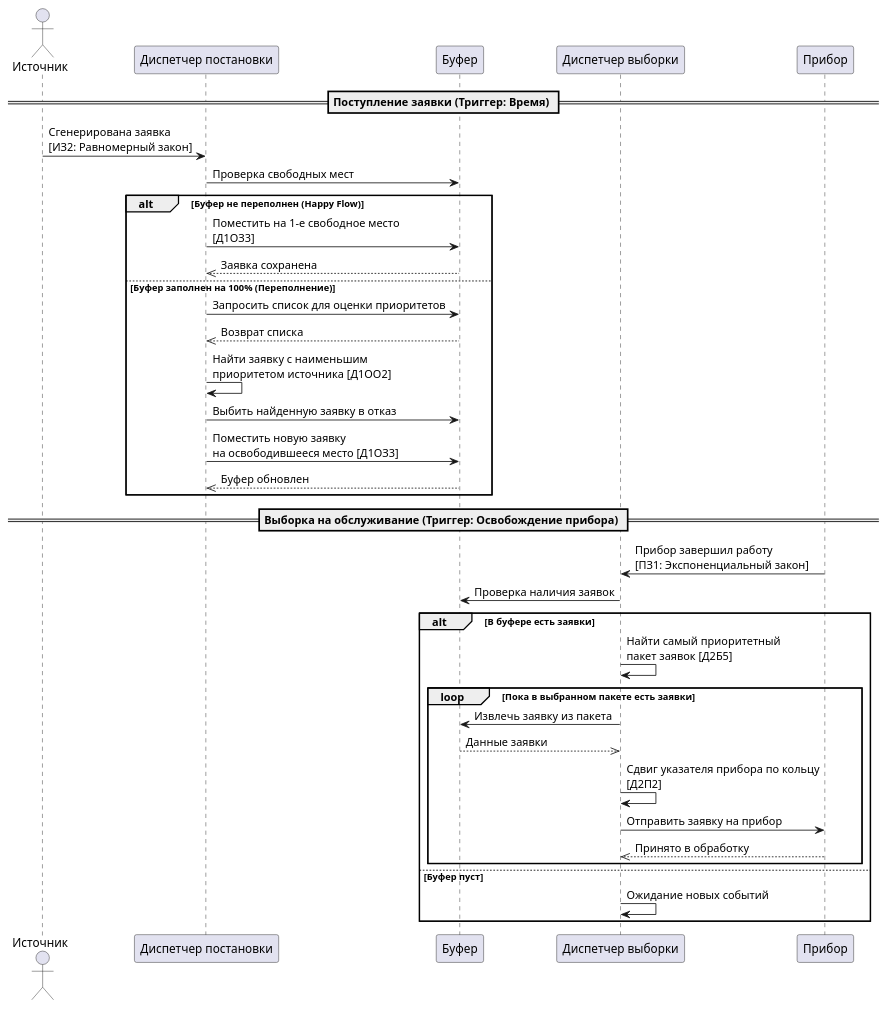
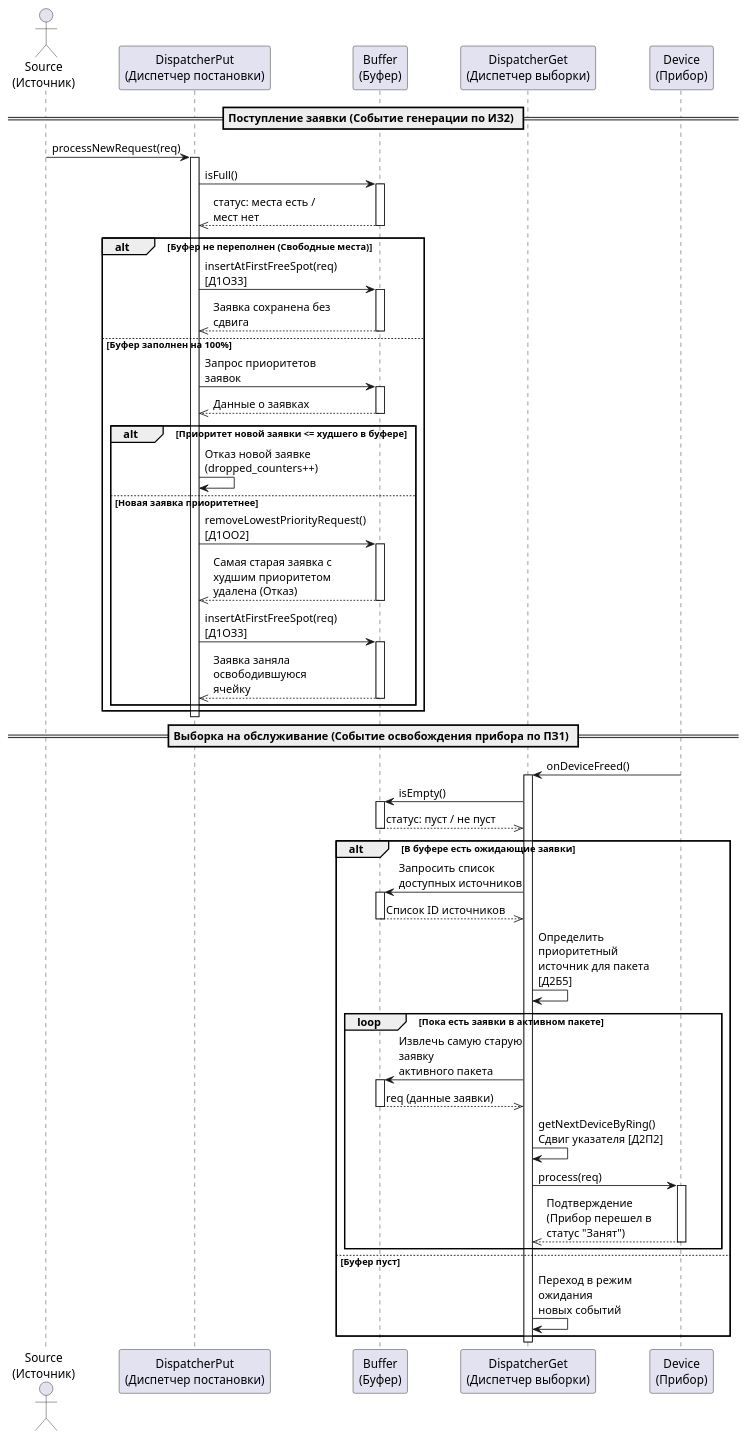
One commit to IvanIgnashin7D/APS changed the diagram in docs/sequence.puml. Above: the diagram before and after it, drawn with PlantUML. The commit also changed 3 other files, not shown here.

Commit message:
обновленная диаграмма с правками после очной сдачи

```diff
--- a/docs/sequence.puml
+++ b/docs/sequence.puml
@@ -1,38 +1,82 @@
-@startuml sequence
-actor "Источник" as Source
-participant "Диспетчер постановки" as DIn
-participant "Буфер" as Buffer
-participant "Диспетчер выборки" as DOut
-participant "Прибор" as Device
+@startuml sequence_multi_class
+skinparam maxMessageSize 150
+actor "Source\n(Источник)" as Source
+participant "DispatcherPut\n(Диспетчер постановки)" as DPut
+participant "Buffer\n(Буфер)" as Buffer
+participant "DispatcherGet\n(Диспетчер выборки)" as DGet
+participant "Device\n(Прибор)" as Device
 
-== Поступление заявки (Триггер: Время) ==
-Source -> DIn: Сгенерирована заявка\n[ИЗ2: Равномерный закон]
-DIn -> Buffer: Проверка свободных мест
-alt Буфер не переполнен (Happy Flow)
-    DIn -> Buffer: Поместить на 1-е свободное место\n[Д1ОЗ3]
-    Buffer -->> DIn: Заявка сохранена
-else Буфер заполнен на 100% (Переполнение)
-    DIn -> Buffer: Запросить список для оценки приоритетов
-    Buffer -->> DIn: Возврат списка
-    DIn -> DIn: Найти заявку с наименьшим\nприоритетом источника [Д1ОО2]
-    DIn -> Buffer: Выбить найденную заявку в отказ
-    DIn -> Buffer: Поместить новую заявку\nна освободившееся место [Д1ОЗ3]
-    Buffer -->> DIn: Буфер обновлен
+== Поступление заявки (Событие генерации по ИЗ2) ==
+
+Source -> DPut: processNewRequest(req)
+activate DPut
+
+DPut -> Buffer: isFull()
+activate Buffer
+Buffer -->> DPut: статус: места есть / мест нет
+deactivate Buffer
+
+alt Буфер не переполнен (Свободные места)
+    DPut -> Buffer: insertAtFirstFreeSpot(req) [Д1ОЗ3]
+    activate Buffer
+    Buffer -->> DPut: Заявка сохранена без сдвига
+    deactivate Buffer
+else Буфер заполнен на 100%
+    DPut -> Buffer: Запрос приоритетов заявок
+    activate Buffer
+    Buffer -->> DPut: Данные о заявках
+    deactivate Buffer
+
+    alt Приоритет новой заявки <= худшего в буфере
+        DPut -> DPut: Отказ новой заявке\n(dropped_counters++)
+    else Новая заявка приоритетнее
+        DPut -> Buffer: removeLowestPriorityRequest() [Д1ОО2]
+        activate Buffer
+        Buffer -->> DPut: Самая старая заявка с худшим приоритетом удалена (Отказ)
+        deactivate Buffer
+
+        DPut -> Buffer: insertAtFirstFreeSpot(req) [Д1ОЗ3]
+        activate Buffer
+        Buffer -->> DPut: Заявка заняла освободившуюся ячейку
+        deactivate Buffer
+    end
 end
+deactivate DPut
 
-== Выборка на обслуживание (Триггер: Освобождение прибора) ==
-Device -> DOut: Прибор завершил работу\n[ПЗ1: Экспоненциальный закон]
-DOut -> Buffer: Проверка наличия заявок
-alt В буфере есть заявки
-    DOut -> DOut: Найти самый приоритетный\nпакет заявок [Д2Б5]
-    loop Пока в выбранном пакете есть заявки
-        DOut -> Buffer: Извлечь заявку из пакета
-        Buffer -->> DOut: Данные заявки
-        DOut -> DOut: Сдвиг указателя прибора по кольцу\n[Д2П2]
-        DOut -> Device: Отправить заявку на прибор
-        Device -->> DOut: Принято в обработку
+== Выборка на обслуживание (Событие освобождения прибора по ПЗ1) ==
+
+Device -> DGet: onDeviceFreed()
+activate DGet
+
+DGet -> Buffer: isEmpty()
+activate Buffer
+Buffer -->> DGet: статус: пуст / не пуст
+deactivate Buffer
+
+alt В буфере есть ожидающие заявки
+    DGet -> Buffer: Запросить список доступных источников
+    activate Buffer
+    Buffer -->> DGet: Список ID источников
+    deactivate Buffer
+
+    DGet -> DGet: Определить приоритетный\nисточник для пакета [Д2Б5]
+
+    loop Пока есть заявки в активном пакете
+        DGet -> Buffer: Извлечь самую старую заявку\nактивного пакета
+        activate Buffer
+        Buffer -->> DGet: req (данные заявки)
+        deactivate Buffer
+
+        DGet -> DGet: getNextDeviceByRing()\nСдвиг указателя [Д2П2]
+
+        DGet -> Device: process(req)
+        activate Device
+        Device -->> DGet: Подтверждение (Прибор перешел в статус "Занят")
+        deactivate Device
     end
 else Буфер пуст
-    DOut -> DOut: Ожидание новых событий
+    DGet -> DGet: Переход в режим ожидания\nновых событий
 end
+deactivate DGet
+
 @enduml
```
